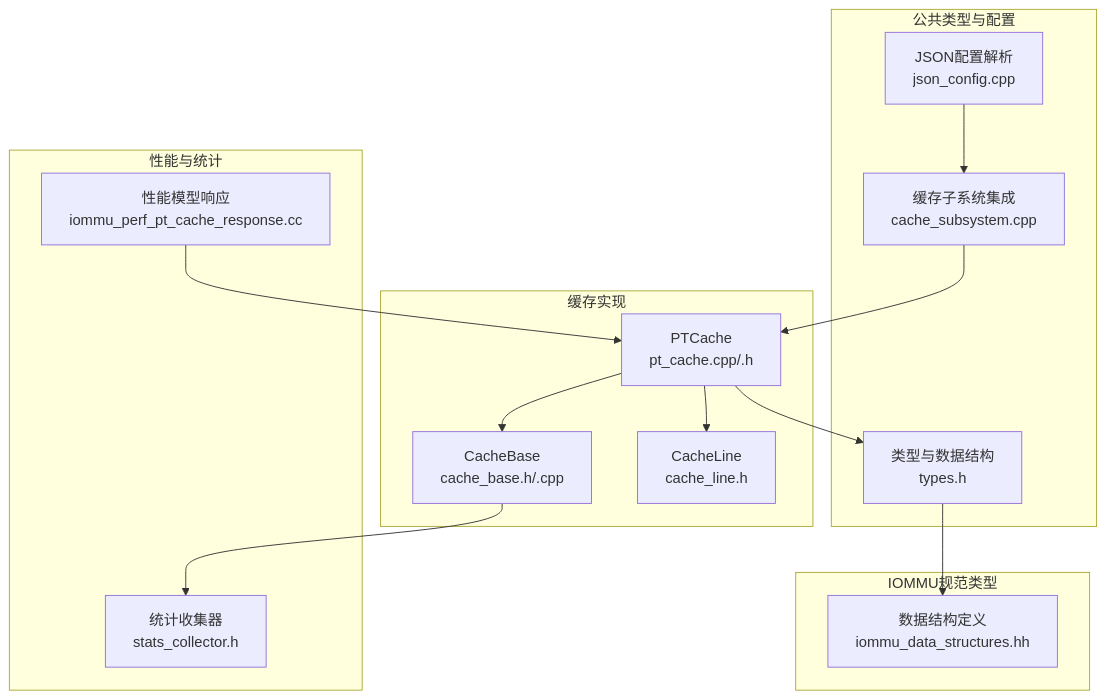
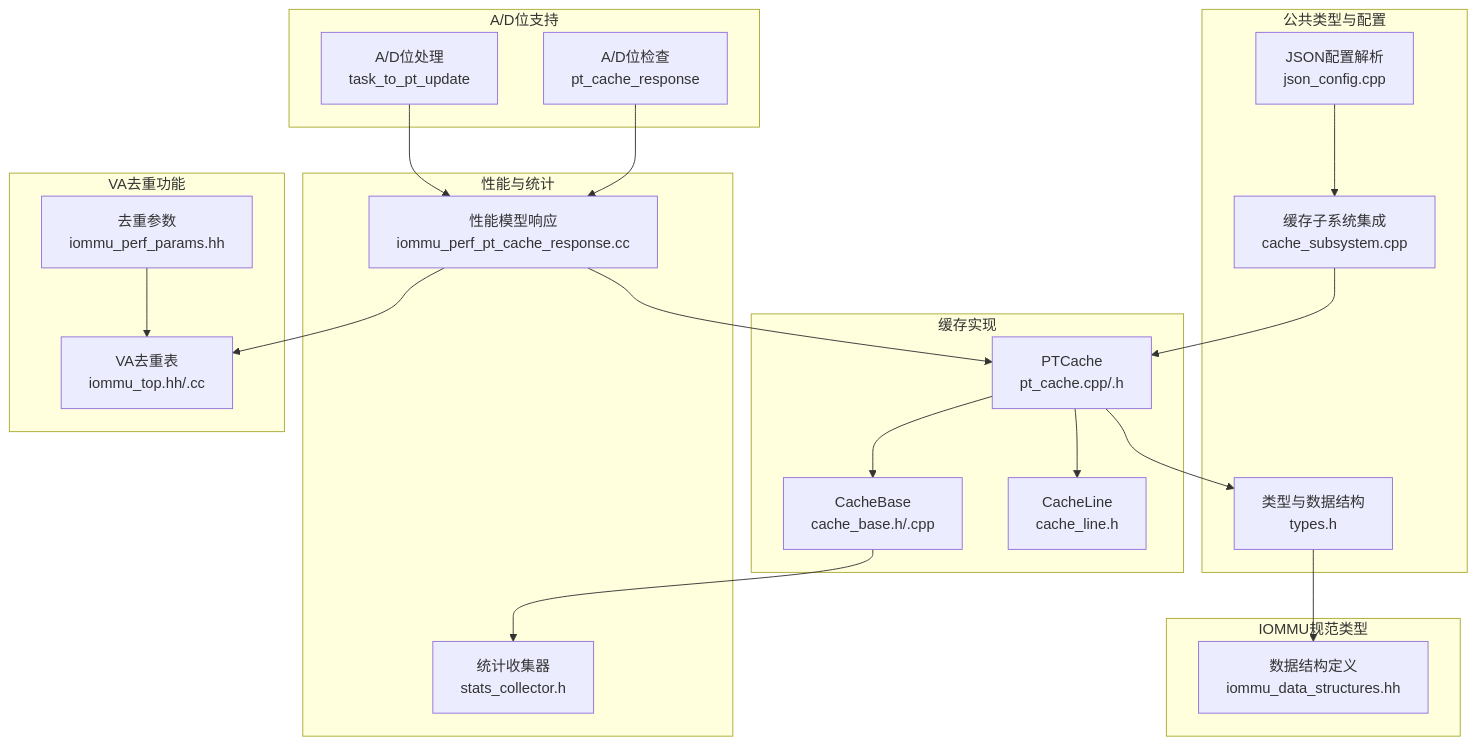
The first of 12 diagrams in .qoder/repowiki/zh/content/缓存系统架构/页表缓存(PT Cache).md (jiangjiang1122/iommu_model_20260401_v1), drawn with Mermaid before and after one commit. The commit also changed other lines of this file and 48 other files, not shown here.

````diff
--- a/.qoder/repowiki/zh/content/缓存系统架构/页表缓存(PT Cache).md
+++ b/.qoder/repowiki/zh/content/缓存系统架构/页表缓存(PT Cache).md
@@ -43,28 +62,40 @@
 ```mermaid
 graph TB
 subgraph "缓存实现"
 PT["PTCache<br/>pt_cache.cpp/.h"]
 CB["CacheBase<Tag,Data><br/>cache_base.h/.cpp"]
 CL["CacheLine<br/>cache_line.h"]
 end
 subgraph "公共类型与配置"
 TY["类型与数据结构<br/>types.h"]
 JC["JSON配置解析<br/>json_config.cpp"]
 SS["缓存子系统集成<br/>cache_subsystem.cpp"]
 end
 subgraph "性能与统计"
 ST["统计收集器<br/>stats_collector.h"]
 PM["性能模型响应<br/>iommu_perf_pt_cache_response.cc"]
 end
 subgraph "IOMMU规范类型"
 DS["数据结构定义<br/>iommu_data_structures.hh"]
 end
+subgraph "A/D位支持"
+AD["A/D位处理<br/>task_to_pt_update"]
+AD2["A/D位检查<br/>pt_cache_response"]
+end
+subgraph "VA去重功能"
+VD["VA去重表<br/>iommu_top.hh/.cc"]
+VP["去重参数<br/>iommu_perf_params.hh"]
+end
 PT --> CB
 PT --> CL
 PT --> TY
 CB --> ST
 SS --> PT
 JC --> SS
 PM --> PT
 TY --> DS
+PM --> VD
+VP --> VD
+AD --> PM
+AD2 --> PM
 ```
````
